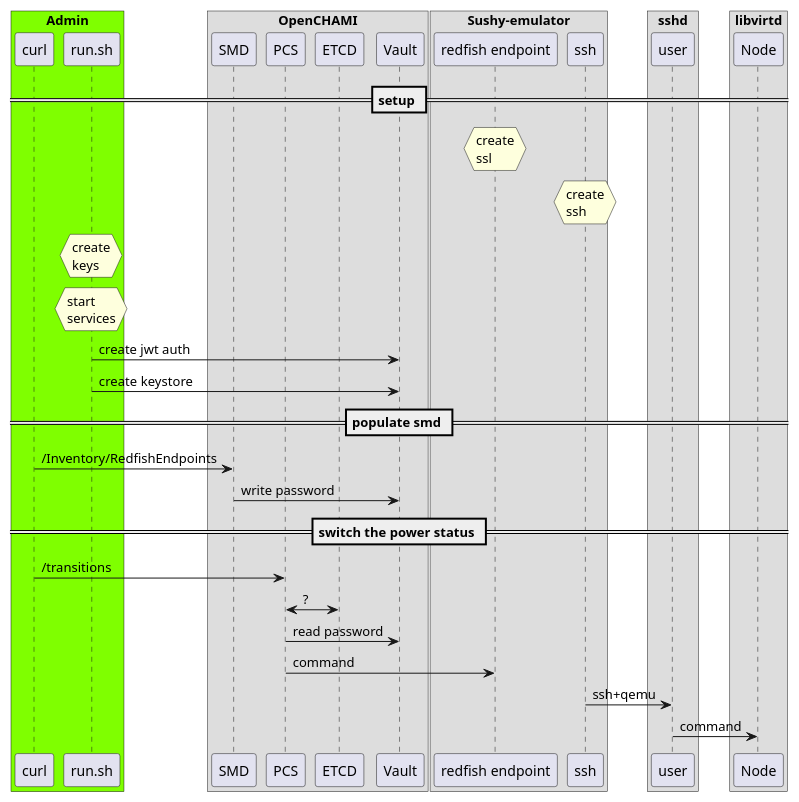
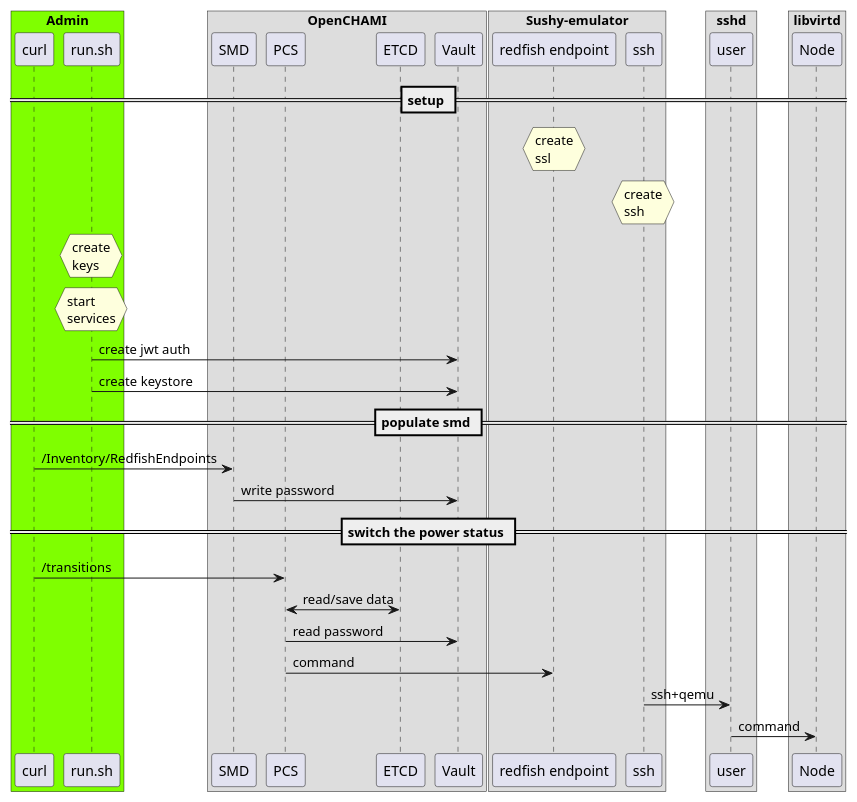
Before and after one commit to OpenCHAMI/deployment-recipes: the diagram in quickstart/assets/sequence-openchami-testing-environment.plantuml, drawn with PlantUML. The commit also changed 1 other file, not shown here.

Commit message:
assets(sequence): etcd<->pcs

```diff
--- a/quickstart/assets/sequence-openchami-testing-environment.plantuml
+++ b/quickstart/assets/sequence-openchami-testing-environment.plantuml
@@ -1,53 +1,53 @@
 @startuml
 
 Box "Admin" #chartreuse
 participant curl
 participant run as "run.sh"
 end box
 
 Box "OpenCHAMI"
 participant smd as "SMD"
 participant pcs as "PCS"
 participant etcd as "ETCD"
 participant vault as "Vault"
 end box
 
 Box "Sushy-emulator"
 participant sushy_emulator_rfe as "redfish endpoint"
 participant sushy_emulator_ssh as "ssh"
 end box
 
 Box "sshd"
 participant user
 end box
 
 Box "libvirtd"
 participant virtual_node as "Node"
 end box
 
 == setup ==
 
 hnote over sushy_emulator_rfe : create\nssl
 hnote over sushy_emulator_ssh : create\nssh
 
 hnote over run : create\nkeys
 hnote over run : start\nservices
 
 run -> vault : create jwt auth
 run -> vault : create keystore
 
 == populate smd ==
 
 curl -> smd : /Inventory/RedfishEndpoints
 smd -> vault : write password
 
 == switch the power status ==
 
 curl -> pcs : /transitions
-pcs <-> etcd : ?
+pcs <-> etcd : read/save data
 pcs -> vault : read password
 pcs -> sushy_emulator_rfe : command
 sushy_emulator_ssh -> user : ssh+qemu
 user -> virtual_node : command
 
 @enduml
```
